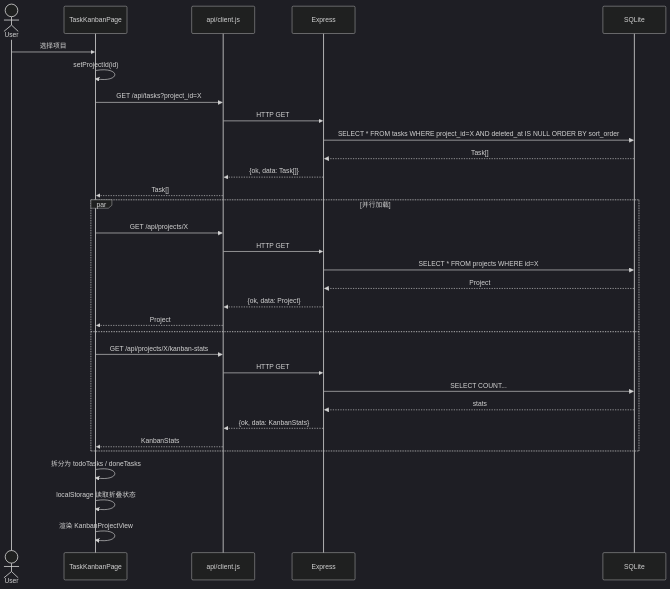
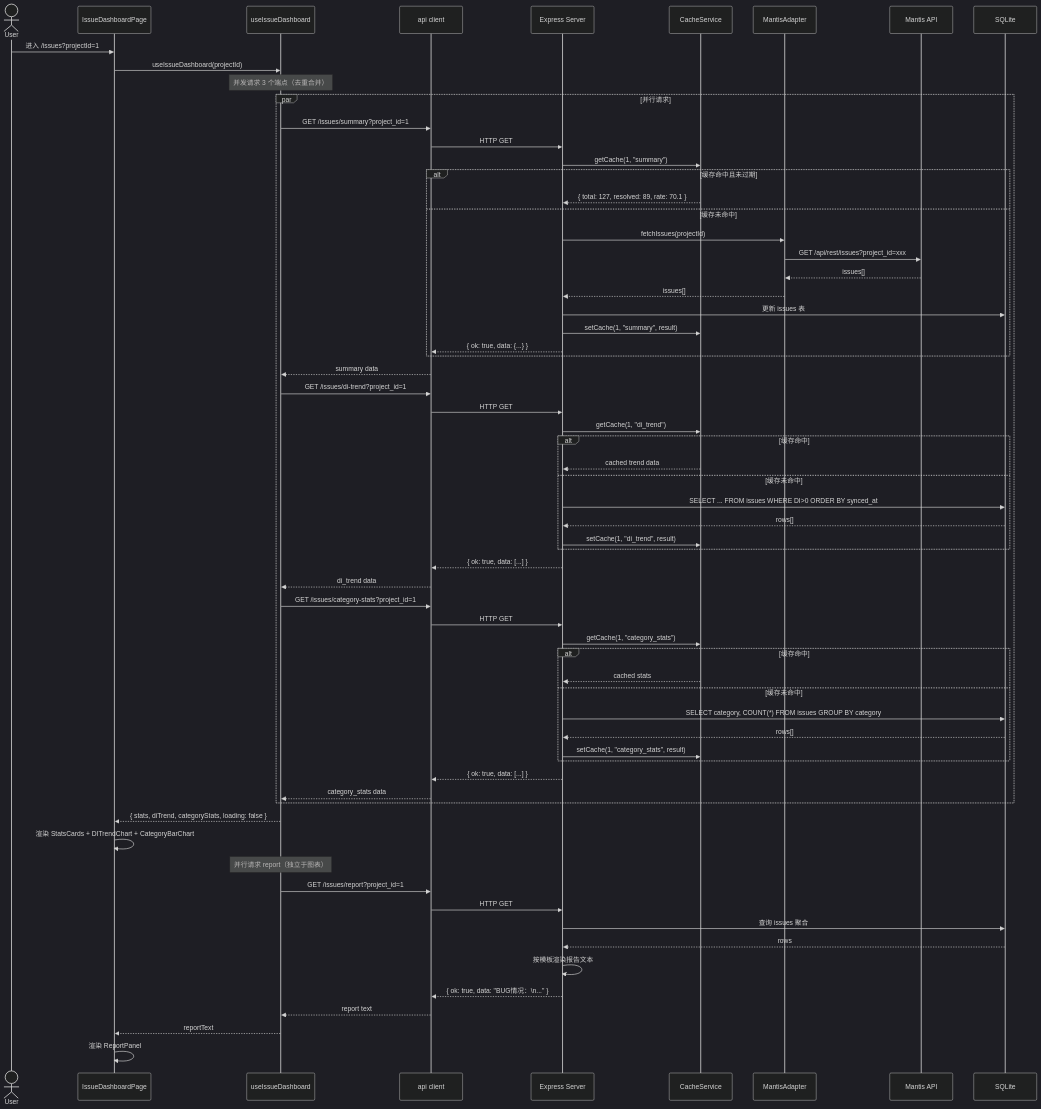
The second of 5 diagrams in docs/system_design.md (SugonChenxu/hpm), drawn with Mermaid (dark theme) before and after one commit. The commit also changed other lines of this file and 4 other files, not shown here.

````diff
--- a/docs/system_design.md
+++ b/docs/system_design.md
@@ -303,37 +297,76 @@
 ```mermaid
 sequenceDiagram
     actor User
-    participant Page as TaskKanbanPage
-    participant API as api/client.js
-    participant Server as Express
+    participant Page as IssueDashboardPage
+    participant Hook as useIssueDashboard
+    participant API as api client
+    participant Express as Express Server
+    participant Cache as CacheService
+    participant Adapter as MantisAdapter
+    participant Mantis as Mantis API
     participant DB as SQLite
 
-    User->>Page: 选择项目
-    Page->>Page: setProjectId(id)
-    Page->>API: GET /api/tasks?project_id=X
-    API->>Server: HTTP GET
-    Server->>DB: SELECT * FROM tasks WHERE project_id=X AND deleted_at IS NULL ORDER BY sort_order
-    DB-->>Server: Task[]
-    Server-->>API: {ok, data: Task[]}
-    API-->>Page: Task[]
+    User->>Page: 进入 /issues?projectId=1
+    Page->>Hook: useIssueDashboard(projectId)
 
-    par 并行加载
-        Page->>API: GET /api/projects/X
-        API->>Server: HTTP GET
-        Server->>DB: SELECT * FROM projects WHERE id=X
-        DB-->>Server: Project
-        Server-->>API: {ok, data: Project}
-        API-->>Page: Project
-    and
-        Page->>API: GET /api/projects/X/kanban-stats
-        API->>Server: HTTP GET
-        Server->>DB: SELECT COUNT...
-        DB-->>Server: stats
-        Server-->>API: {ok, data: KanbanStats}
-        API-->>Page: KanbanStats
+    Note over Hook: 并发请求 3 个端点（去重合并）
+
+    par 并行请求
+        Hook->>API: GET /issues/summary?project_id=1
+        API->>Express: HTTP GET
+        Express->>Cache: getCache(1, "summary")
+        alt 缓存命中且未过期
+            Cache-->>Express: { total: 127, resolved: 89, rate: 70.1 }
+        else 缓存未命中
+            Express->>Adapter: fetchIssues(projectId)
+            Adapter->>Mantis: GET /api/rest/issues?project_id=xxx
+            Mantis-->>Adapter: issues[]
+            Adapter-->>Express: issues[]
+            Express->>DB: 更新 issues 表
+            Express->>Cache: setCache(1, "summary", result)
+            Express-->>API: { ok: true, data: {...} }
+        end
+        API-->>Hook: summary data
+
+        Hook->>API: GET /issues/di-trend?project_id=1
+        API->>Express: HTTP GET
+        Express->>Cache: getCache(1, "di_trend")
+        alt 缓存命中
+            Cache-->>Express: cached trend data
+        else 缓存未命中
+            Express->>DB: SELECT ... FROM issues WHERE DI>0 ORDER BY synced_at
+            DB-->>Express: rows[]
+            Express->>Cache: setCache(1, "di_trend", result)
+        end
+        Express-->>API: { ok: true, data: [...] }
+        API-->>Hook: di_trend data
+
+        Hook->>API: GET /issues/category-stats?project_id=1
+        API->>Express: HTTP GET
+        Express->>Cache: getCache(1, "category_stats")
+        alt 缓存命中
+            Cache-->>Express: cached stats
+        else 缓存未命中
+            Express->>DB: SELECT category, COUNT(*) FROM issues GROUP BY category
+            DB-->>Express: rows[]
+            Express->>Cache: setCache(1, "category_stats", result)
+        end
+        Express-->>API: { ok: true, data: [...] }
+        API-->>Hook: category_stats data
     end
 
-    Page->>Page: 拆分为 todoTasks / doneTasks
-    Page->>Page: localStorage 读取折叠状态
-    Page->>Page: 渲染 KanbanProjectView
+    Hook-->>Page: { stats, diTrend, categoryStats, loading: false }
+
+    Page->>Page: 渲染 StatsCards + DITrendChart + CategoryBarChart
+
+    Note over Hook: 并行请求 report（独立于图表）
+    Hook->>API: GET /issues/report?project_id=1
+    API->>Express: HTTP GET
+    Express->>DB: 查询 issues 聚合
+    DB-->>Express: rows
+    Express->>Express: 按模板渲染报告文本
+    Express-->>API: { ok: true, data: "BUG情况：\n..." }
+    API-->>Hook: report text
+    Hook-->>Page: reportText
+    Page->>Page: 渲染 ReportPanel
 ```
````
